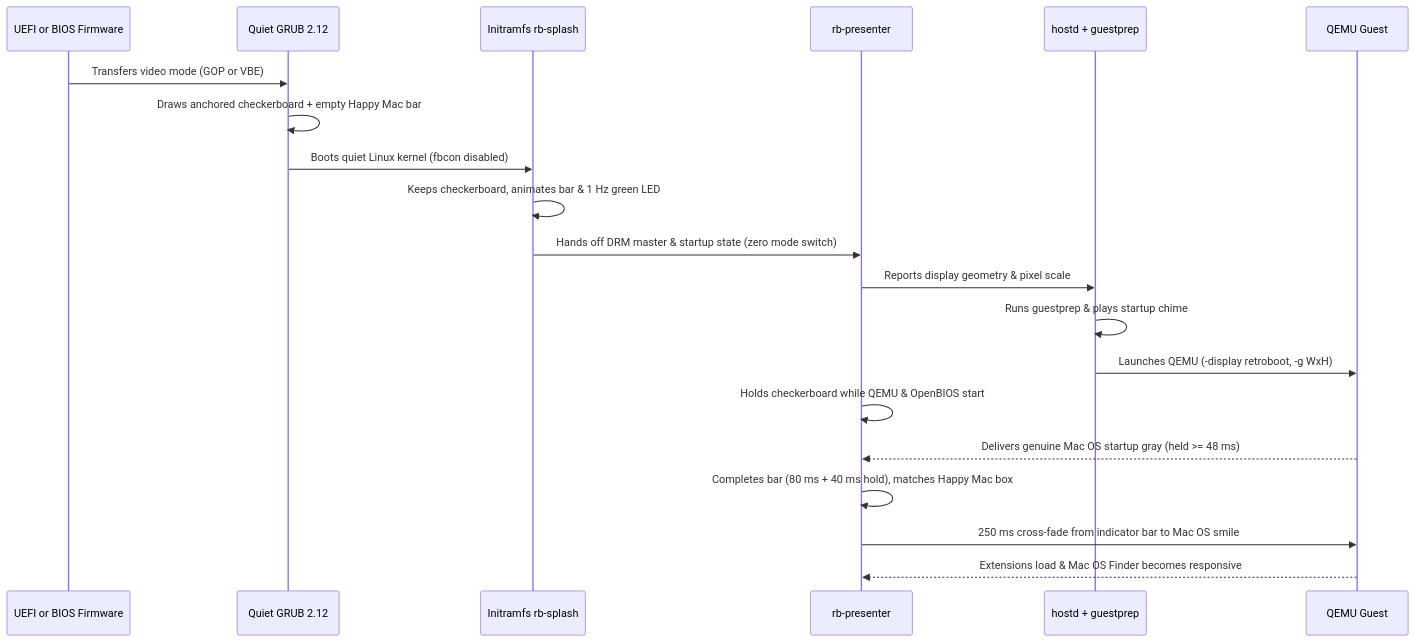
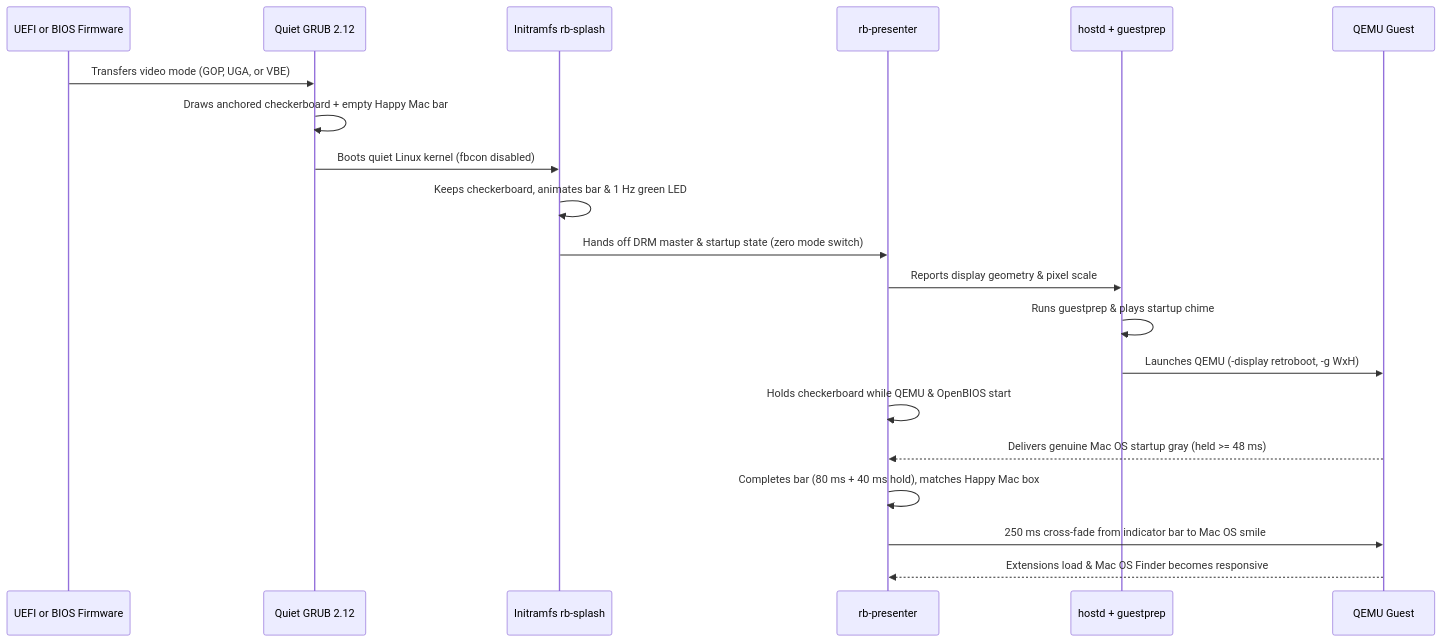
Before and after one commit to amcchord/RetroBoot: the second of 4 diagrams in docs/manual/02-architecture-how-it-works.md, drawn with Mermaid. The commit also changed other lines of this file and 43 other files, not shown here.

````diff
--- a/docs/manual/02-architecture-how-it-works.md
+++ b/docs/manual/02-architecture-how-it-works.md
@@ -88,23 +88,23 @@
 ```mermaid
 sequenceDiagram
     participant FW as UEFI or BIOS Firmware
     participant GRUB as Quiet GRUB 2.12
     participant Splash as Initramfs rb-splash
     participant Pres as rb-presenter
     participant Hostd as hostd + guestprep
     participant QEMU as QEMU Guest
 
-    FW->>GRUB: Transfers video mode (GOP or VBE)
+    FW->>GRUB: Transfers video mode (GOP, UGA, or VBE)
     GRUB->>GRUB: Draws anchored checkerboard + empty Happy Mac bar
     GRUB->>Splash: Boots quiet Linux kernel (fbcon disabled)
     Splash->>Splash: Keeps checkerboard, animates bar & 1 Hz green LED
     Splash->>Pres: Hands off DRM master & startup state (zero mode switch)
     Pres->>Hostd: Reports display geometry & pixel scale
     Hostd->>Hostd: Runs guestprep & plays startup chime
     Hostd->>QEMU: Launches QEMU (-display retroboot, -g WxH)
     Pres->>Pres: Holds checkerboard while QEMU & OpenBIOS start
     QEMU-->>Pres: Delivers genuine Mac OS startup gray (held >= 48 ms)
     Pres->>Pres: Completes bar (80 ms + 40 ms hold), matches Happy Mac box
     Pres->>QEMU: 250 ms cross-fade from indicator bar to Mac OS smile
     QEMU-->>Pres: Extensions load & Mac OS Finder becomes responsive
 ```
````
